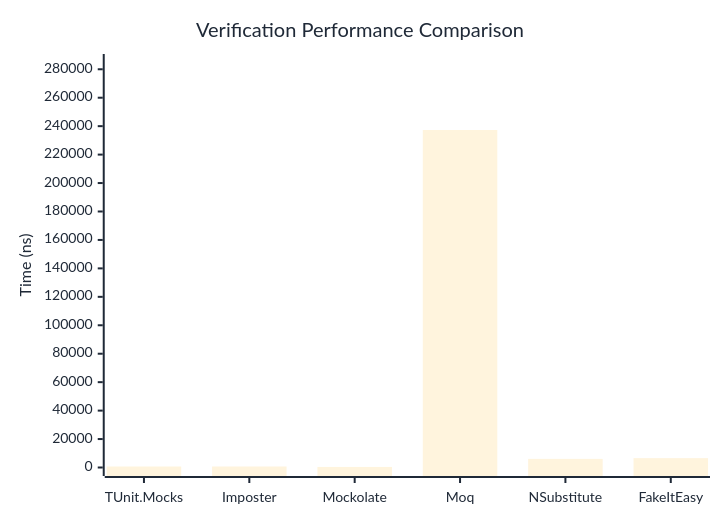
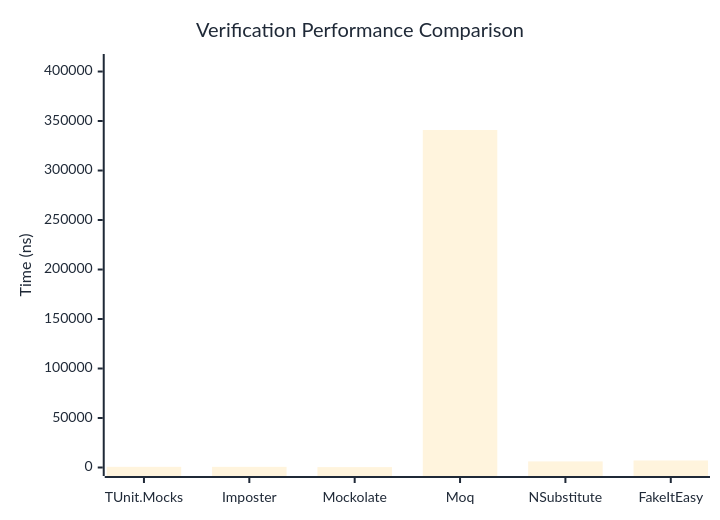
One commit to thomhurst/TUnit changed the first of 3 diagrams in docs/docs/benchmarks/mocks/Verification.md. Above: the diagram before and after it, drawn with Mermaid. The commit also changed other lines of this file and 14 other files, not shown here.

````diff
--- a/docs/docs/benchmarks/mocks/Verification.md
+++ b/docs/docs/benchmarks/mocks/Verification.md
@@ -28,27 +28,27 @@
 ```mermaid
 %%{init: {
   'theme':'base',
   'themeVariables': {
     'primaryColor': '#2563eb',
     'primaryTextColor': '#1f2937',
     'primaryBorderColor': '#1e40af',
     'lineColor': '#6b7280',
     'secondaryColor': '#7c3aed',
     'tertiaryColor': '#dc2626',
     'background': '#ffffff',
     'pie1': '#2563eb',
     'pie2': '#7c3aed',
     'pie3': '#dc2626',
     'pie4': '#f59e0b',
     'pie5': '#10b981',
     'pie6': '#06b6d4',
     'pie7': '#ec4899',
     'pie8': '#6366f1'
   }
 }}%%
 xychart-beta
   title "Verification Performance Comparison"
   x-axis ["TUnit.Mocks", "Imposter", "Mockolate", "Moq", "NSubstitute", "FakeItEasy"]
-  y-axis "Time (ns)" 0 --> 284758
-  bar [696.72, 708.68, 407.39, 237297.9, 6062.62, 6592.55]
+  y-axis "Time (ns)" 0 --> 409118
+  bar [670.78, 660.06, 391.26, 340931.18, 6154.22, 7082.79]
 ```
````
